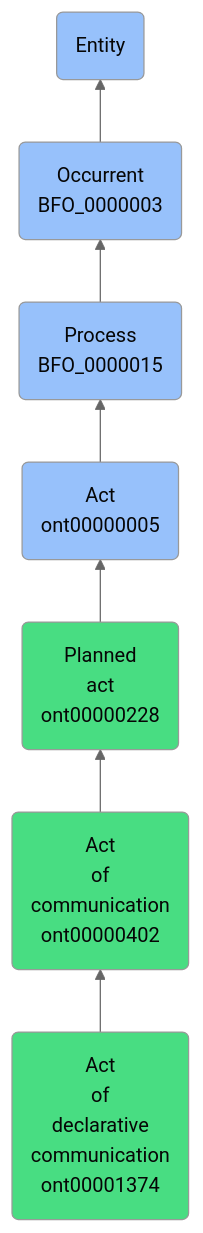
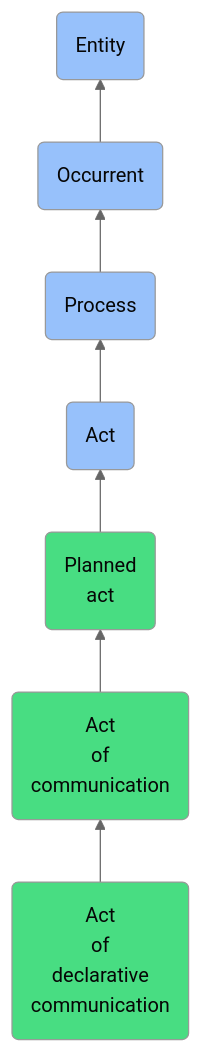
One commit to jupyter-naas/abi changed the diagram in docs/ontology/reference/model/Entity/Occurrent/Process/Act/Planned act/Act of communication/Act of declarative communication/Act of declarative communication.md. Above: the diagram before and after it, drawn with Mermaid (neutral theme). The commit also changed other lines of this file and 1430 other files, not shown here.

````diff
--- a/docs/ontology/reference/model/Entity/Occurrent/Process/Act/Planned act/Act of communication/Act of declarative communication/Act of declarative communication.md
+++ b/docs/ontology/reference/model/Entity/Occurrent/Process/Act/Planned act/Act of communication/Act of declarative communication/Act of declarative communication.md
@@ -24,14 +24,14 @@
 ```mermaid
 graph BT
-    ont00001374(Act<br>of<br>declarative<br>communication<br>ont00001374):::ABI-->ont00000402
-    ont00000402(Act<br>of<br>communication<br>ont00000402):::ABI-->ont00000228
-    ont00000228(Planned<br>act<br>ont00000228):::ABI-->ont00000005
-    ont00000005(Act<br>ont00000005):::BFO-->BFO_0000015
-    BFO_0000015(Process<br>BFO_0000015):::BFO-->BFO_0000003
-    BFO_0000003(Occurrent<br>BFO_0000003):::BFO-->BFO_0000001
+    ont00001374(Act<br>of<br>declarative<br>communication):::ABI-->ont00000402
+    ont00000402(Act<br>of<br>communication):::ABI-->ont00000228
+    ont00000228(Planned<br>act):::ABI-->ont00000005
+    ont00000005(Act):::BFO-->BFO_0000015
+    BFO_0000015(Process):::BFO-->BFO_0000003
+    BFO_0000003(Occurrent):::BFO-->BFO_0000001
     BFO_0000001(Entity):::BFO
     
     classDef BFO fill:#97c1fb,color:#060606
     classDef CCO fill:#e4c51e,color:#060606
     classDef ABI fill:#48DD82,color:#060606
 ```
````
